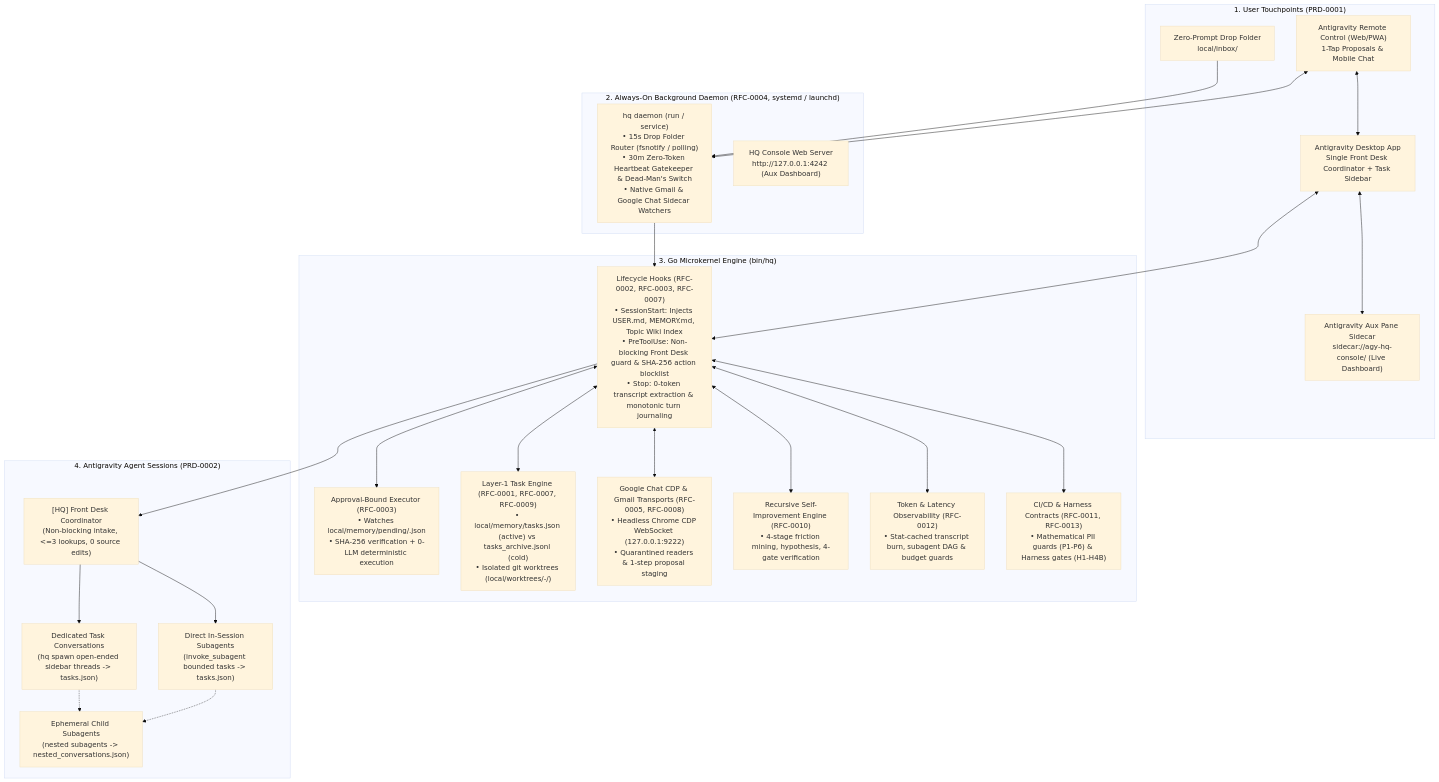
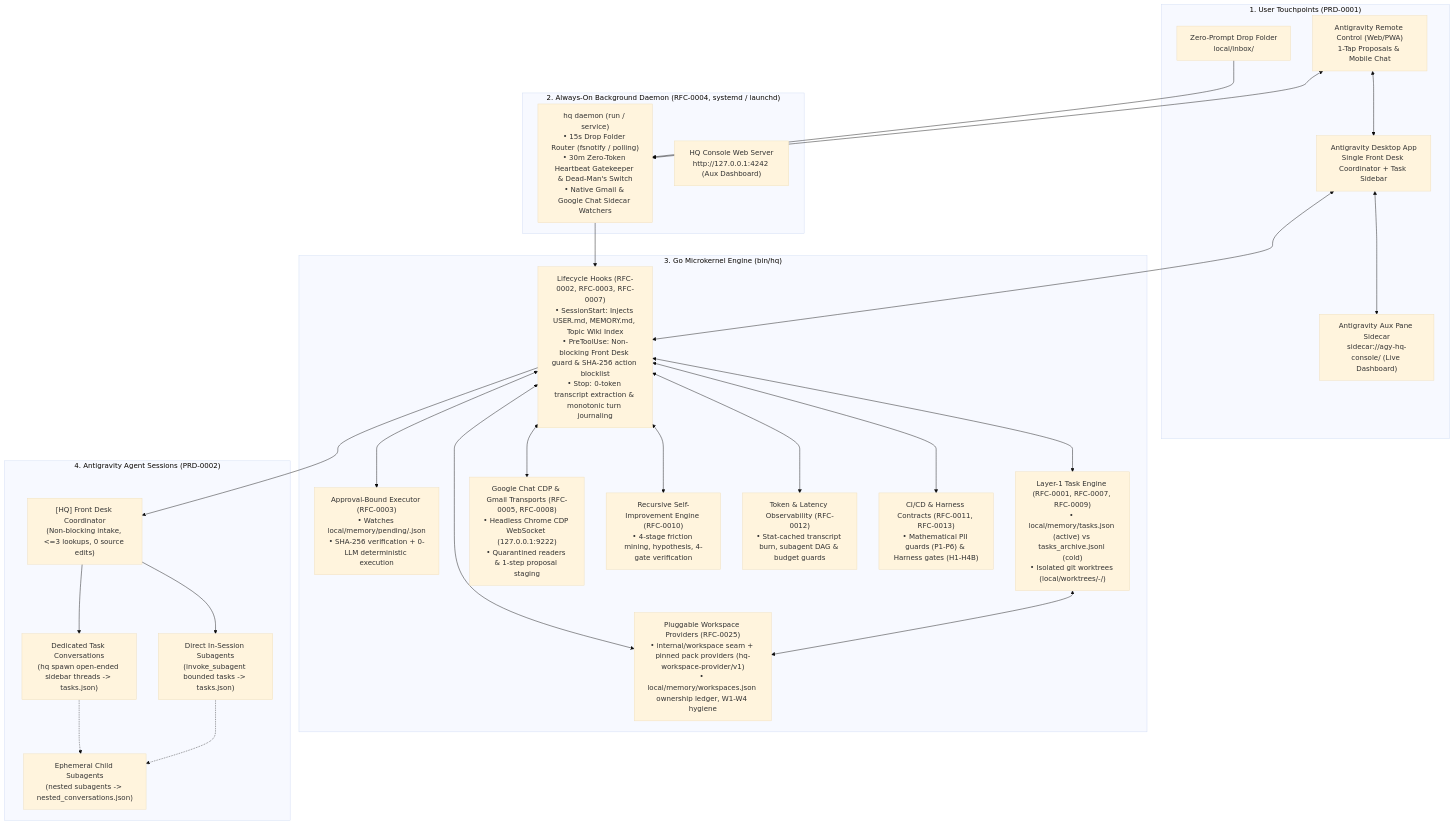
Before and after one commit to zjshen14/agy-hq: the first of 4 diagrams in docs/architecture.md, drawn with Mermaid (base theme). The commit also changed other lines of this file and 5 other files, not shown here.

````diff
--- a/docs/architecture.md
+++ b/docs/architecture.md
@@ -20,49 +20,52 @@
 ```mermaid
 flowchart TB
   subgraph Touchpoints["1. User Touchpoints (PRD-0001)"]
     RC["Antigravity Remote Control (Web/PWA)\n1-Tap Proposals & Mobile Chat"]
     DESK["Antigravity Desktop App\nSingle Front Desk Coordinator + Task Sidebar"]
     SIDECAR["Antigravity Aux Pane Sidecar\nsidecar://agy-hq-console/ (Live Dashboard)"]
     DROP["Zero-Prompt Drop Folder\nlocal/inbox/"]
   end
 
   subgraph DaemonLayer["2. Always-On Background Daemon (RFC-0004, systemd / launchd)"]
     DAEMON["hq daemon (run / service)\n• 15s Drop Folder Router (fsnotify / polling)\n• 30m Zero-Token Heartbeat Gatekeeper & Dead-Man's Switch\n• Native Gmail & Google Chat Sidecar Watchers"]
     WEBUI["HQ Console Web Server\nhttp://127.0.0.1:4242 (Aux Dashboard)"]
   end
 
   subgraph Microkernel["3. Go Microkernel Engine (bin/hq)"]
     HOOKS["Lifecycle Hooks (RFC-0002, RFC-0003, RFC-0007)\n• SessionStart: Injects USER.md, MEMORY.md, Topic Wiki Index\n• PreToolUse: Non-blocking Front Desk guard & SHA-256 action blocklist\n• Stop: 0-token transcript extraction & monotonic turn journaling"]
     EXEC["Approval-Bound Executor (RFC-0003)\n• Watches local/memory/pending/<id>.json\n• SHA-256 verification + 0-LLM deterministic execution"]
     TASKS["Layer-1 Task Engine (RFC-0001, RFC-0007, RFC-0009)\n• local/memory/tasks.json (active) vs tasks_archive.jsonl (cold)\n• Isolated git worktrees (local/worktrees/<repo>-<task>/)"]
+    WS["Pluggable Workspace Providers (RFC-0025)\n• internal/workspace seam + pinned pack providers (hq-workspace-provider/v1)\n• local/memory/workspaces.json ownership ledger, W1-W4 hygiene"]
     GCHAT["Google Chat CDP & Gmail Transports (RFC-0005, RFC-0008)\n• Headless Chrome CDP WebSocket (127.0.0.1:9222)\n• Quarantined readers & 1-step proposal staging"]
     RSI["Recursive Self-Improvement Engine (RFC-0010)\n• 4-stage friction mining, hypothesis, 4-gate verification"]
     OBS["Token & Latency Observability (RFC-0012)\n• Stat-cached transcript burn, subagent DAG & budget guards"]
     CI["CI/CD & Harness Contracts (RFC-0011, RFC-0013)\n• Mathematical PII guards (P1-P6) & Harness gates (H1-H4B)"]
   end
 
   subgraph AgentLayer["4. Antigravity Agent Sessions (PRD-0002)"]
     FD["[HQ] Front Desk Coordinator\n(Non-blocking intake, <=3 lookups, 0 source edits)"]
     SUB["Direct In-Session Subagents\n(invoke_subagent bounded tasks -> tasks.json)"]
     TASKCONV["Dedicated Task Conversations\n(hq spawn open-ended sidebar threads -> tasks.json)"]
     CHILD["Ephemeral Child Subagents\n(nested subagents -> nested_conversations.json)"]
   end
 
   RC <--> DESK
   RC <--> DAEMON
   DESK <--> SIDECAR
   DROP --> DAEMON
   DAEMON --> HOOKS
   DESK <--> HOOKS
   HOOKS --> FD
   FD --> SUB
   FD --> TASKCONV
   SUB -.-> CHILD
   TASKCONV -.-> CHILD
   HOOKS <--> EXEC
   HOOKS <--> TASKS
+  TASKS <--> WS
+  HOOKS <--> WS
   HOOKS <--> GCHAT
   HOOKS <--> RSI
   HOOKS <--> OBS
   HOOKS <--> CI
 ```
````
